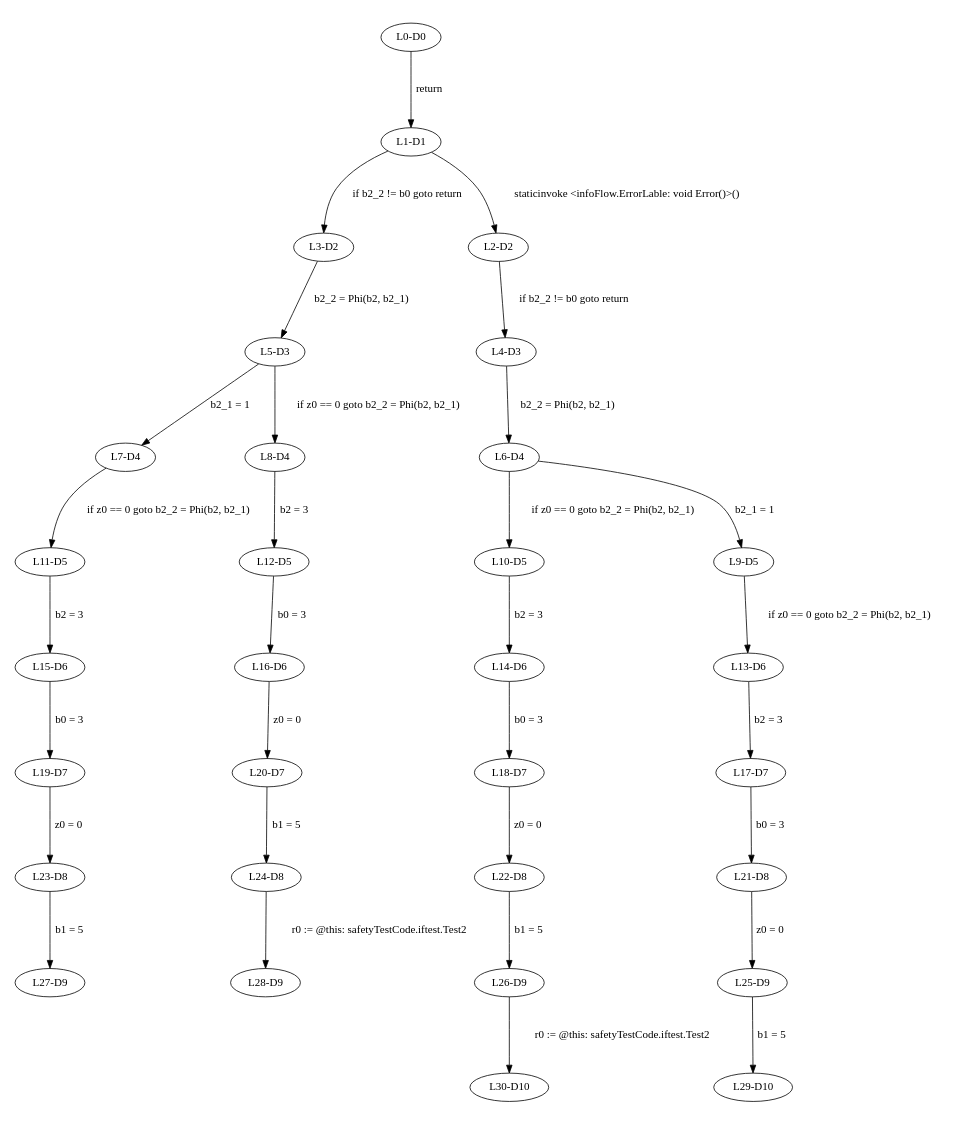
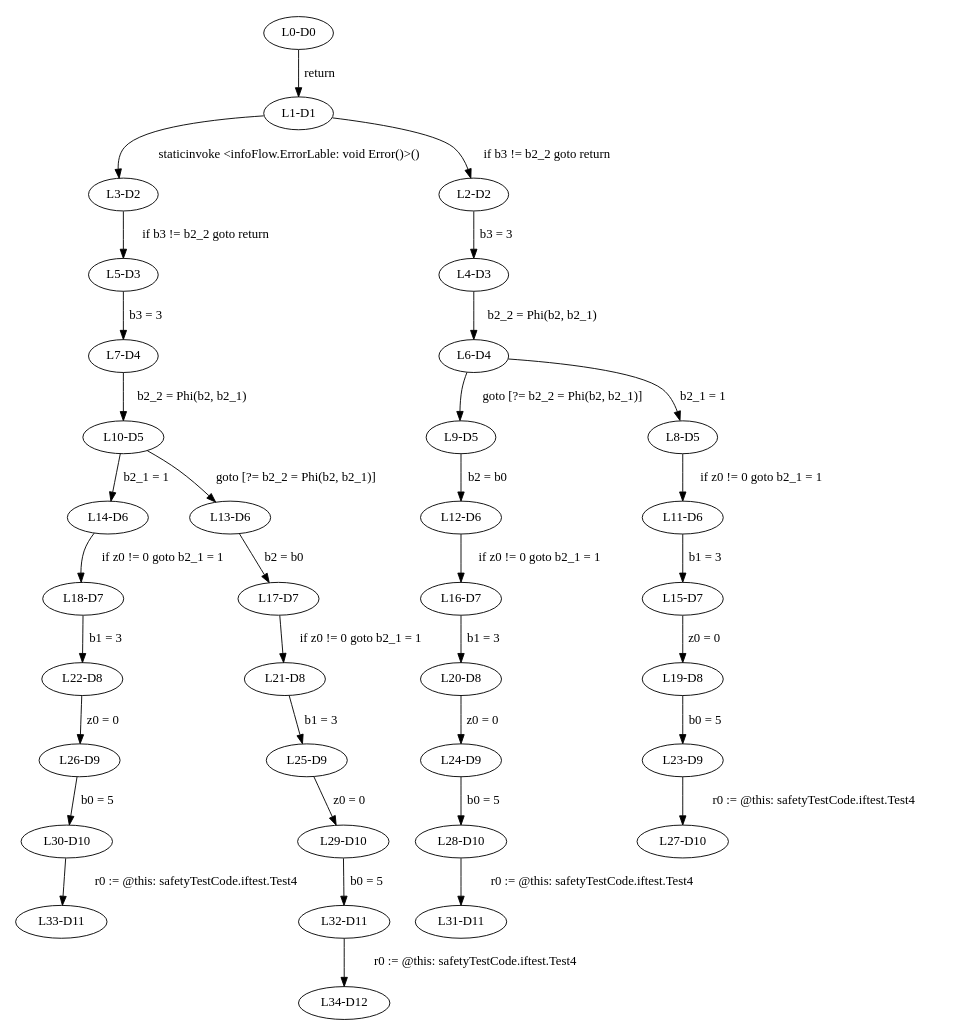
One commit to gt-wunderhorn/gt-wunderhorn changed the diagram in SafetyChecker2/_all.dot. Above: the diagram before and after it, drawn with Graphviz. The commit also changed 31 other files, not shown here.

```diff
--- a/SafetyChecker2/_all.dot
+++ b/SafetyChecker2/_all.dot
@@ -1,35 +1,39 @@
 digraph { 
 	ratio="fill";
 	size="8.3,11.7!";
 	margin=0;
 	"L0-D0" -> "L1-D1"[label="return"];
-	"L1-D1" -> "L3-D2"[label="if b2_2 != b0 goto return"];
-	"L1-D1" -> "L2-D2"[label="staticinvoke <infoFlow.ErrorLable: void Error()>()"];
-	"L3-D2" -> "L5-D3"[label="b2_2 = Phi(b2, b2_1)"];
-	"L2-D2" -> "L4-D3"[label="if b2_2 != b0 goto return"];
-	"L5-D3" -> "L7-D4"[label="b2_1 = 1"];
-	"L5-D3" -> "L8-D4"[label="if z0 == 0 goto b2_2 = Phi(b2, b2_1)"];
+	"L1-D1" -> "L3-D2"[label="staticinvoke <infoFlow.ErrorLable: void Error()>()"];
+	"L1-D1" -> "L2-D2"[label="if b3 != b2_2 goto return"];
+	"L3-D2" -> "L5-D3"[label="if b3 != b2_2 goto return"];
+	"L2-D2" -> "L4-D3"[label="b3 = 3"];
+	"L5-D3" -> "L7-D4"[label="b3 = 3"];
 	"L4-D3" -> "L6-D4"[label="b2_2 = Phi(b2, b2_1)"];
-	"L7-D4" -> "L11-D5"[label="if z0 == 0 goto b2_2 = Phi(b2, b2_1)"];
-	"L8-D4" -> "L12-D5"[label="b2 = 3"];
-	"L6-D4" -> "L10-D5"[label="if z0 == 0 goto b2_2 = Phi(b2, b2_1)"];
-	"L6-D4" -> "L9-D5"[label="b2_1 = 1"];
-	"L11-D5" -> "L15-D6"[label="b2 = 3"];
-	"L12-D5" -> "L16-D6"[label="b0 = 3"];
-	"L10-D5" -> "L14-D6"[label="b2 = 3"];
-	"L9-D5" -> "L13-D6"[label="if z0 == 0 goto b2_2 = Phi(b2, b2_1)"];
-	"L15-D6" -> "L19-D7"[label="b0 = 3"];
-	"L16-D6" -> "L20-D7"[label="z0 = 0"];
-	"L14-D6" -> "L18-D7"[label="b0 = 3"];
-	"L13-D6" -> "L17-D7"[label="b2 = 3"];
-	"L19-D7" -> "L23-D8"[label="z0 = 0"];
-	"L20-D7" -> "L24-D8"[label="b1 = 5"];
-	"L18-D7" -> "L22-D8"[label="z0 = 0"];
-	"L17-D7" -> "L21-D8"[label="b0 = 3"];
-	"L23-D8" -> "L27-D9"[label="b1 = 5"];
-	"L24-D8" -> "L28-D9"[label="r0 := @this: safetyTestCode.iftest.Test2"];
-	"L22-D8" -> "L26-D9"[label="b1 = 5"];
-	"L21-D8" -> "L25-D9"[label="z0 = 0"];
-	"L26-D9" -> "L30-D10"[label="r0 := @this: safetyTestCode.iftest.Test2"];
-	"L25-D9" -> "L29-D10"[label="b1 = 5"];
+	"L7-D4" -> "L10-D5"[label="b2_2 = Phi(b2, b2_1)"];
+	"L6-D4" -> "L9-D5"[label="goto [?= b2_2 = Phi(b2, b2_1)]"];
+	"L6-D4" -> "L8-D5"[label="b2_1 = 1"];
+	"L10-D5" -> "L14-D6"[label="b2_1 = 1"];
+	"L10-D5" -> "L13-D6"[label="goto [?= b2_2 = Phi(b2, b2_1)]"];
+	"L9-D5" -> "L12-D6"[label="b2 = b0"];
+	"L8-D5" -> "L11-D6"[label="if z0 != 0 goto b2_1 = 1"];
+	"L14-D6" -> "L18-D7"[label="if z0 != 0 goto b2_1 = 1"];
+	"L13-D6" -> "L17-D7"[label="b2 = b0"];
+	"L12-D6" -> "L16-D7"[label="if z0 != 0 goto b2_1 = 1"];
+	"L11-D6" -> "L15-D7"[label="b1 = 3"];
+	"L18-D7" -> "L22-D8"[label="b1 = 3"];
+	"L17-D7" -> "L21-D8"[label="if z0 != 0 goto b2_1 = 1"];
+	"L16-D7" -> "L20-D8"[label="b1 = 3"];
+	"L15-D7" -> "L19-D8"[label="z0 = 0"];
+	"L22-D8" -> "L26-D9"[label="z0 = 0"];
+	"L21-D8" -> "L25-D9"[label="b1 = 3"];
+	"L20-D8" -> "L24-D9"[label="z0 = 0"];
+	"L19-D8" -> "L23-D9"[label="b0 = 5"];
+	"L26-D9" -> "L30-D10"[label="b0 = 5"];
+	"L25-D9" -> "L29-D10"[label="z0 = 0"];
+	"L24-D9" -> "L28-D10"[label="b0 = 5"];
+	"L23-D9" -> "L27-D10"[label="r0 := @this: safetyTestCode.iftest.Test4"];
+	"L30-D10" -> "L33-D11"[label="r0 := @this: safetyTestCode.iftest.Test4"];
+	"L29-D10" -> "L32-D11"[label="b0 = 5"];
+	"L28-D10" -> "L31-D11"[label="r0 := @this: safetyTestCode.iftest.Test4"];
+	"L32-D11" -> "L34-D12"[label="r0 := @this: safetyTestCode.iftest.Test4"];
 }
```
